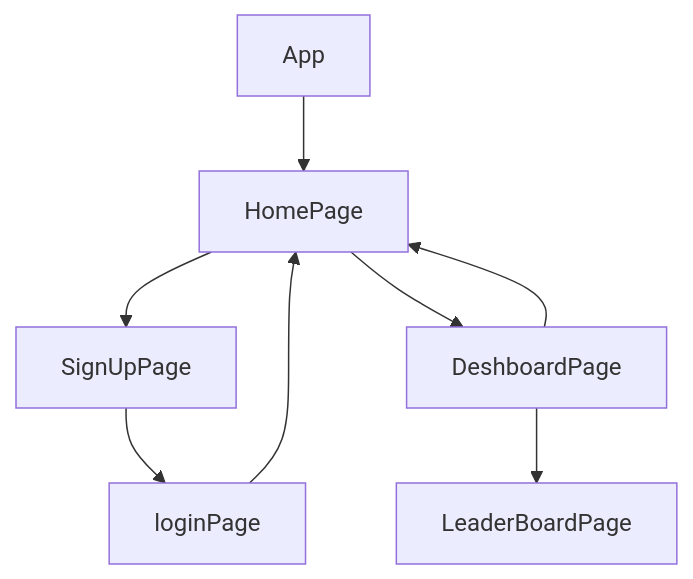
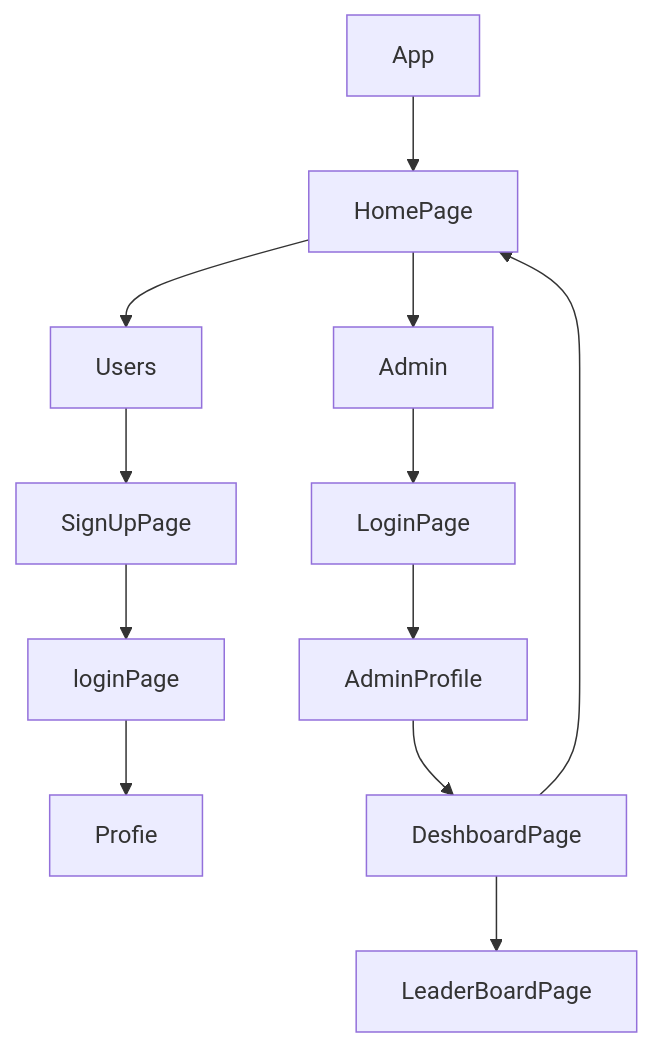
The diagram in README.md (mrprincesingh/courseappfrontend), drawn with Mermaid before and after one commit.

````diff
--- a/README.md
+++ b/README.md
@@ -140,11 +140,15 @@
 ```mermaid
 graph TD;
     App-->HomePage
-    HomePage-->SignUpPage;
+    HomePage-->Users;
+    Users-->SignUpPage;
       SignUpPage-->loginPage;
-       loginPage-->HomePage;
-       HomePage --> DeshboardPage
+       loginPage-->Profie;
+       HomePage --> Admin
+       Admin --> LoginPage
+       LoginPage--> AdminProfile
+      AdminProfile--> DeshboardPage
        DeshboardPage-->LeaderBoardPage
        DeshboardPage-->HomePage
      
 ```
````
